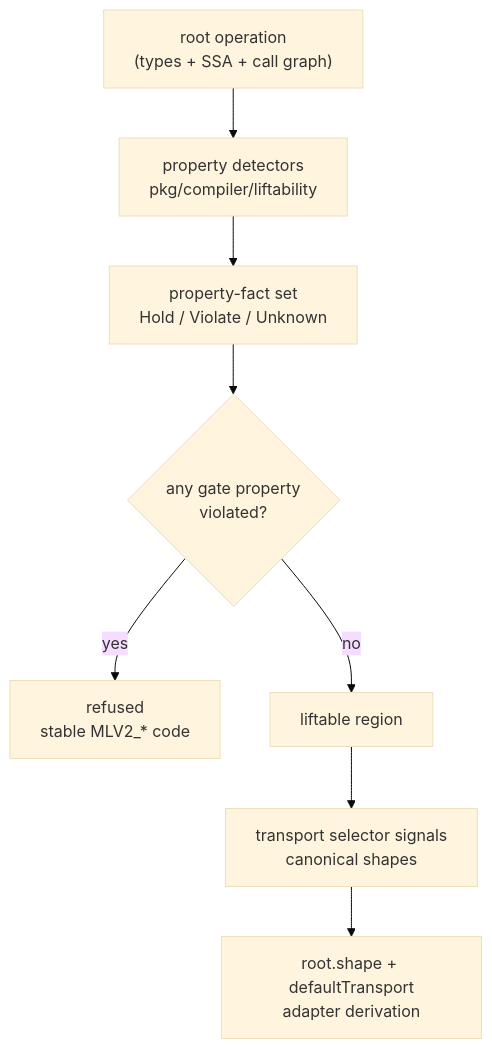
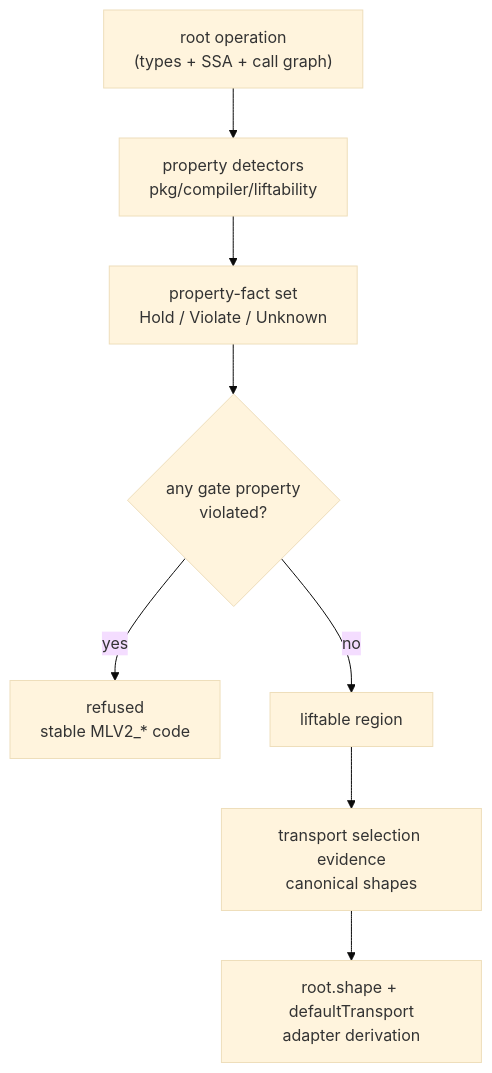
The diagram in docs/site/docs/canonical-shapes.md (tgoodwin/monolift), drawn with Mermaid (base theme) before and after one commit. The commit also changed other lines of this file and 7 other files, not shown here.

````diff
--- a/docs/site/docs/canonical-shapes.md
+++ b/docs/site/docs/canonical-shapes.md
@@ -54,10 +55,10 @@
 ```mermaid
 flowchart TD
     A["root operation<br/>(types + SSA + call graph)"] --> B["property detectors<br/>pkg/compiler/liftability"]
     B --> C["property-fact set<br/>Hold / Violate / Unknown"]
     C --> D{"any gate property<br/>violated?"}
     D -- yes --> R["refused<br/>stable MLV2_* code"]
     D -- no --> L["liftable region"]
-    L --> S["transport selector signals<br/>canonical shapes"]
+    L --> S["transport selection evidence<br/>canonical shapes"]
     S --> T["root.shape + defaultTransport<br/>adapter derivation"]
 ```
````
